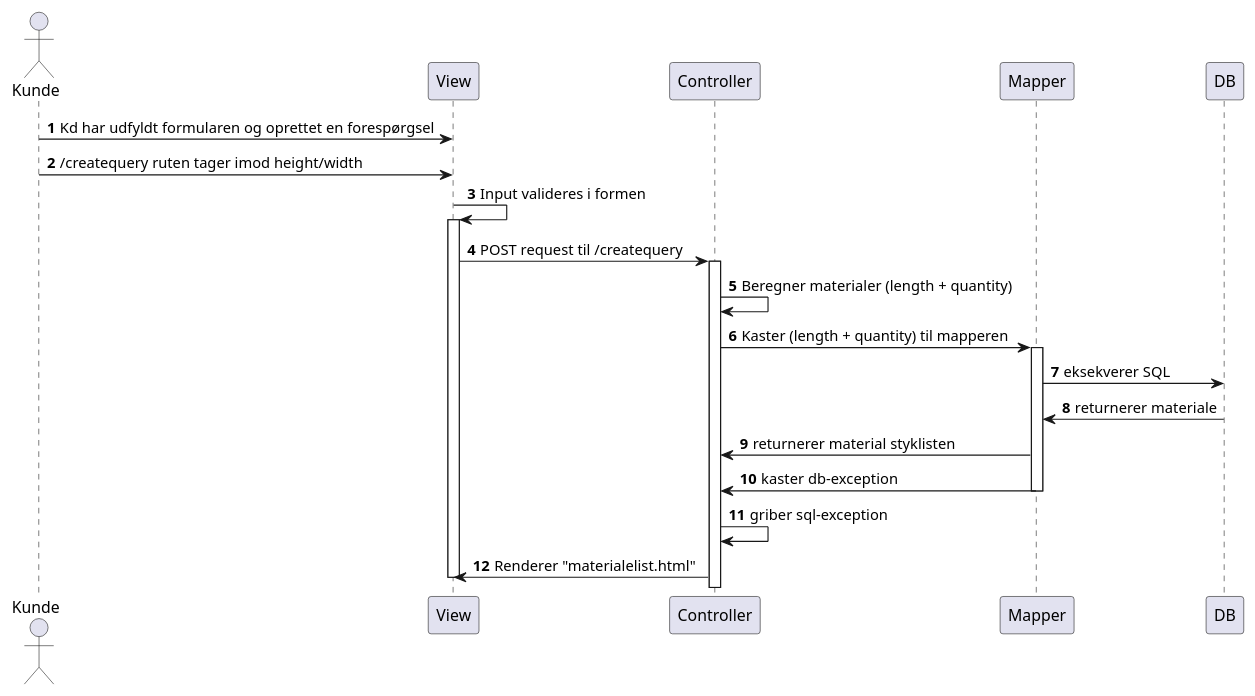
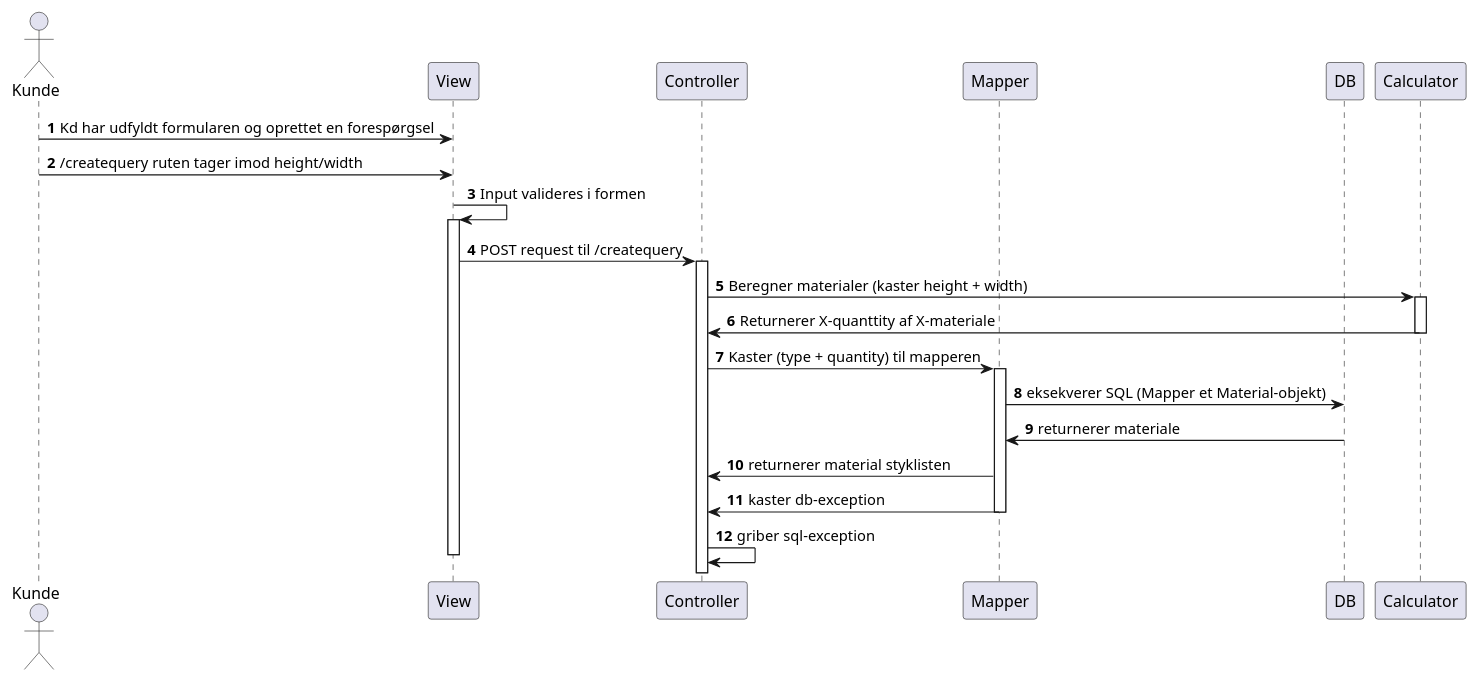
Before and after one commit to mridrisisci/fog-projekt: the diagram in docs/Sequence diagrams/us3-beregn-stykliste.puml, drawn with PlantUML. The commit also changed 1 other file, not shown here.

Commit message:
sekv diagram us3 v1 done.

```diff
--- a/docs/Sequence diagrams/us3-beregn-stykliste.puml
+++ b/docs/Sequence diagrams/us3-beregn-stykliste.puml
@@ -1,31 +1,33 @@
 @startuml
 'https://plantuml.com/sequence-diagram
 
 autonumber
 
 Actor Kunde
 participant View as V
 participant Controller as C
 participant Mapper as M
 participant DB
-
+participant Calculator
 
 Kunde -> V: Kd har udfyldt formularen og oprettet en forespørgsel
 Kunde -> V: /createquery ruten tager imod height/width
 V -> V: Input valideres i formen
 activate V
 V -> C: POST request til /createquery
 activate C
-C -> C: Beregner materialer (length + quantity)
-C -> M: Kaster (length + quantity) til mapperen
+C -> Calculator: Beregner materialer (kaster height + width)
+activate Calculator
+Calculator -> C: Returnerer X-quanttity af X-materiale
+deactivate Calculator
+C -> M: Kaster (type + quantity) til mapperen
 activate M
-M -> DB: eksekverer SQL
+M -> DB: eksekverer SQL (Mapper et Material-objekt)
 DB -> M: returnerer materiale
 M -> C: returnerer material styklisten
 M -> C: kaster db-exception
 deactivate M
 C -> C: griber sql-exception
-C -> V: Renderer "materialelist.html"
 
 deactivate V
 @enduml
```
